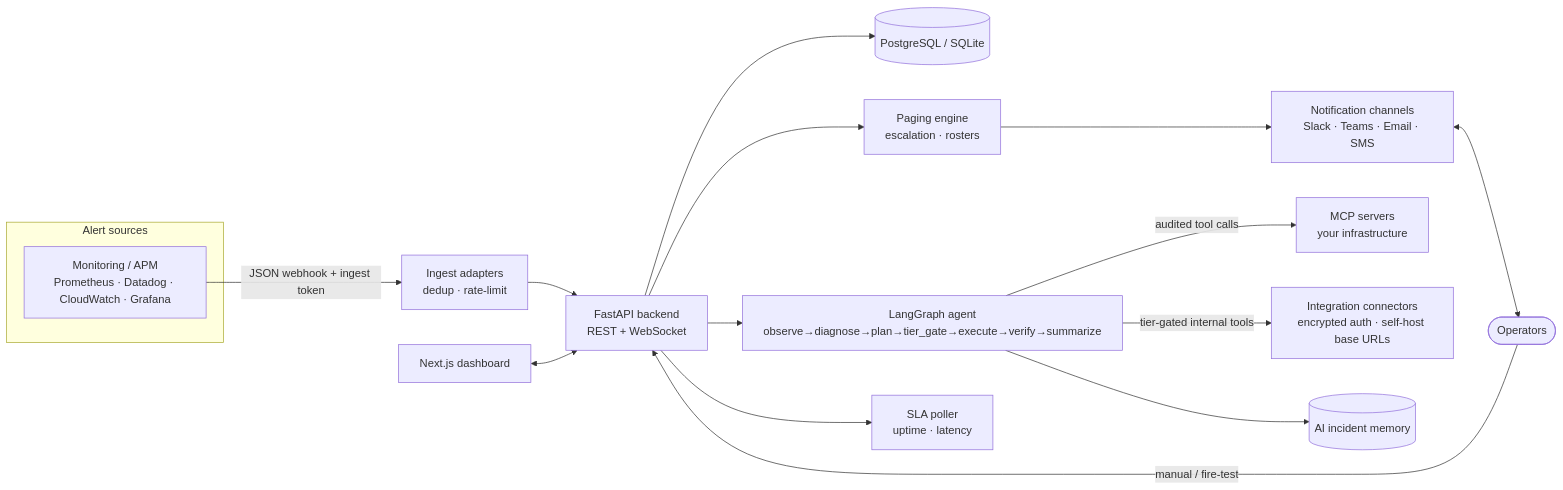
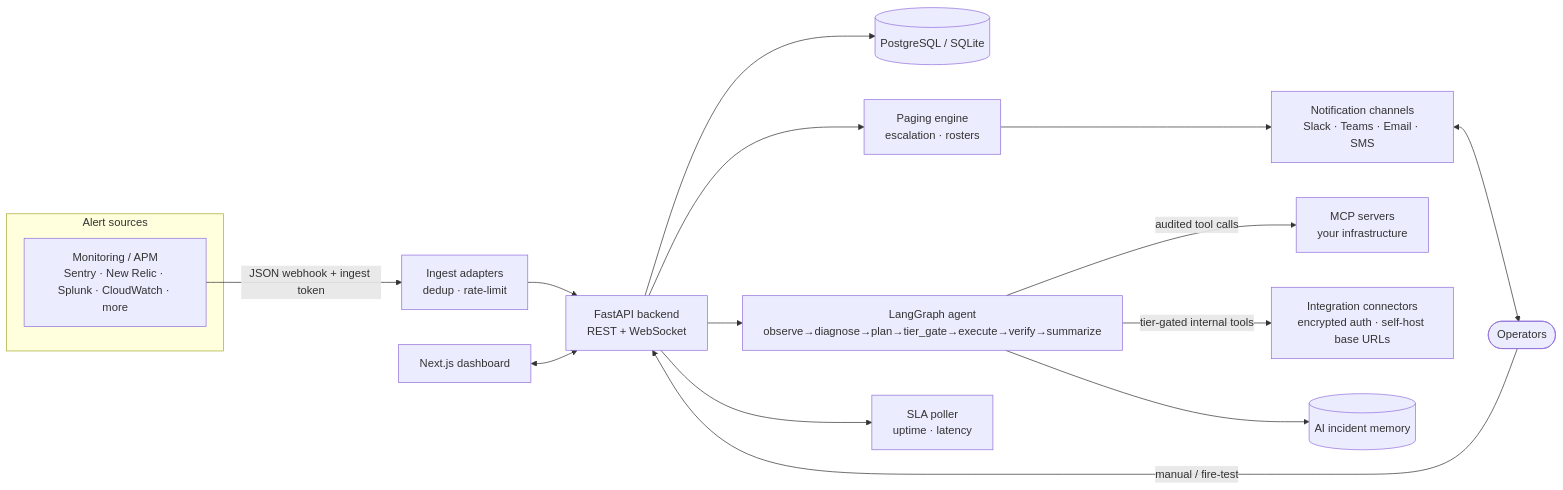
Before and after one commit to SpicyDaemon/OpsMender-AI: the first of 2 diagrams in README.md, drawn with Mermaid. The commit also changed other lines of this file and 22 other files, not shown here.

````diff
--- a/README.md
+++ b/README.md
@@ -58,22 +62,22 @@
 ```mermaid
 flowchart LR
   subgraph SRC["Alert sources"]
-    MON["Monitoring / APM<br/>Prometheus · Datadog · CloudWatch · Grafana"]
+    MON["Monitoring / APM<br/>Sentry · New Relic · Splunk · CloudWatch · more"]
   end
   OP(["Operators"])
 
   MON -->|"JSON webhook + ingest token"| ING["Ingest adapters<br/>dedup · rate-limit"]
   OP -->|"manual / fire-test"| API
   ING --> API["FastAPI backend<br/>REST + WebSocket"]
 
   API --> DB[("PostgreSQL / SQLite")]
   API --> PAGE["Paging engine<br/>escalation · rosters"]
   PAGE --> NOTIF["Notification channels<br/>Slack · Teams · Email · SMS"]
   API --> AGENT["LangGraph agent<br/>observe→diagnose→plan→tier_gate→execute→verify→summarize"]
   AGENT -->|"audited tool calls"| MCP["MCP servers<br/>your infrastructure"]
   AGENT -->|"tier-gated internal tools"| INT["Integration connectors<br/>encrypted auth · self-host base URLs"]
   AGENT --> MEM[("AI incident memory")]
   API --> SLA["SLA poller<br/>uptime · latency"]
   UI["Next.js dashboard"] <--> API
   NOTIF <--> OP
 ```
````
